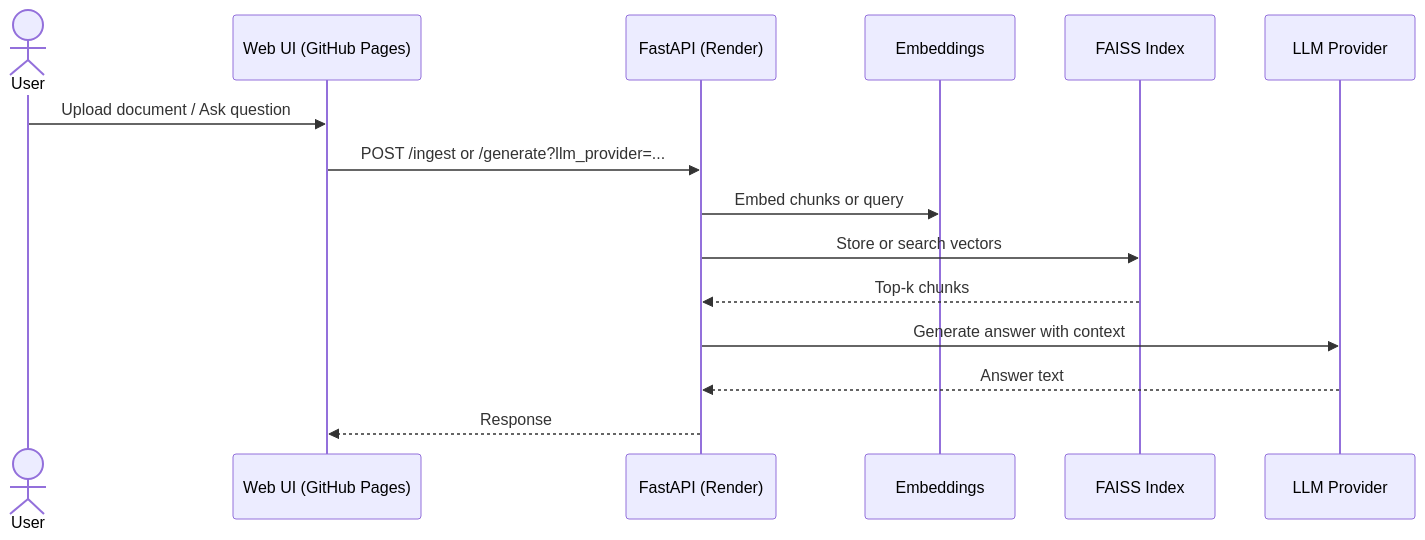
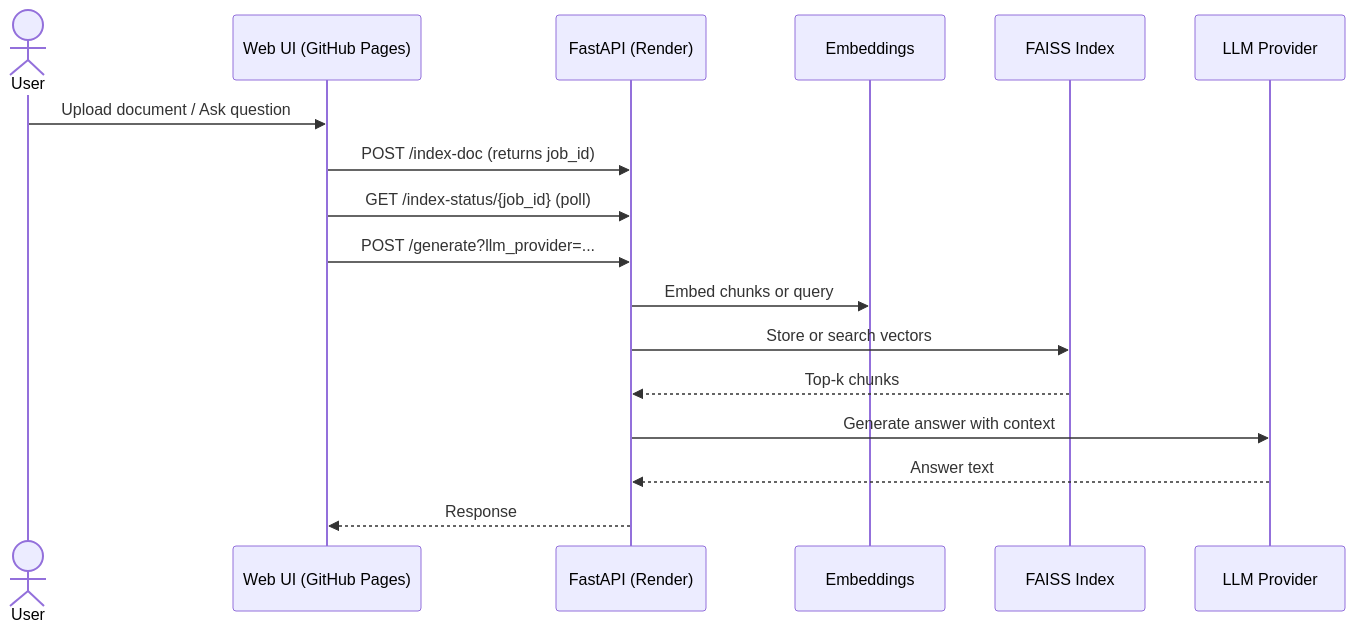
One commit to vishalkoriyalearning/rag-serve changed the diagram in README.md. Above: the diagram before and after it, drawn with Mermaid. The commit also changed other lines of this file and 1 other file, not shown here.

Commit message:
Add New behavior: /index-doc returns 202 + job_id and indexing happens in the background.

````diff
--- a/README.md
+++ b/README.md
@@ -51,18 +52,20 @@
 ```mermaid
 sequenceDiagram
     actor User
     participant UI as Web UI (GitHub Pages)
     participant API as FastAPI (Render)
     participant Emb as Embeddings
     participant VS as FAISS Index
     participant LLM as LLM Provider
 
     User->>UI: Upload document / Ask question
-    UI->>API: POST /ingest or /generate?llm_provider=...
+    UI->>API: POST /index-doc (returns job_id)
+    UI->>API: GET /index-status/{job_id} (poll)
+    UI->>API: POST /generate?llm_provider=...
     API->>Emb: Embed chunks or query
     API->>VS: Store or search vectors
     VS-->>API: Top-k chunks
     API->>LLM: Generate answer with context
     LLM-->>API: Answer text
     API-->>UI: Response
 ```
````
